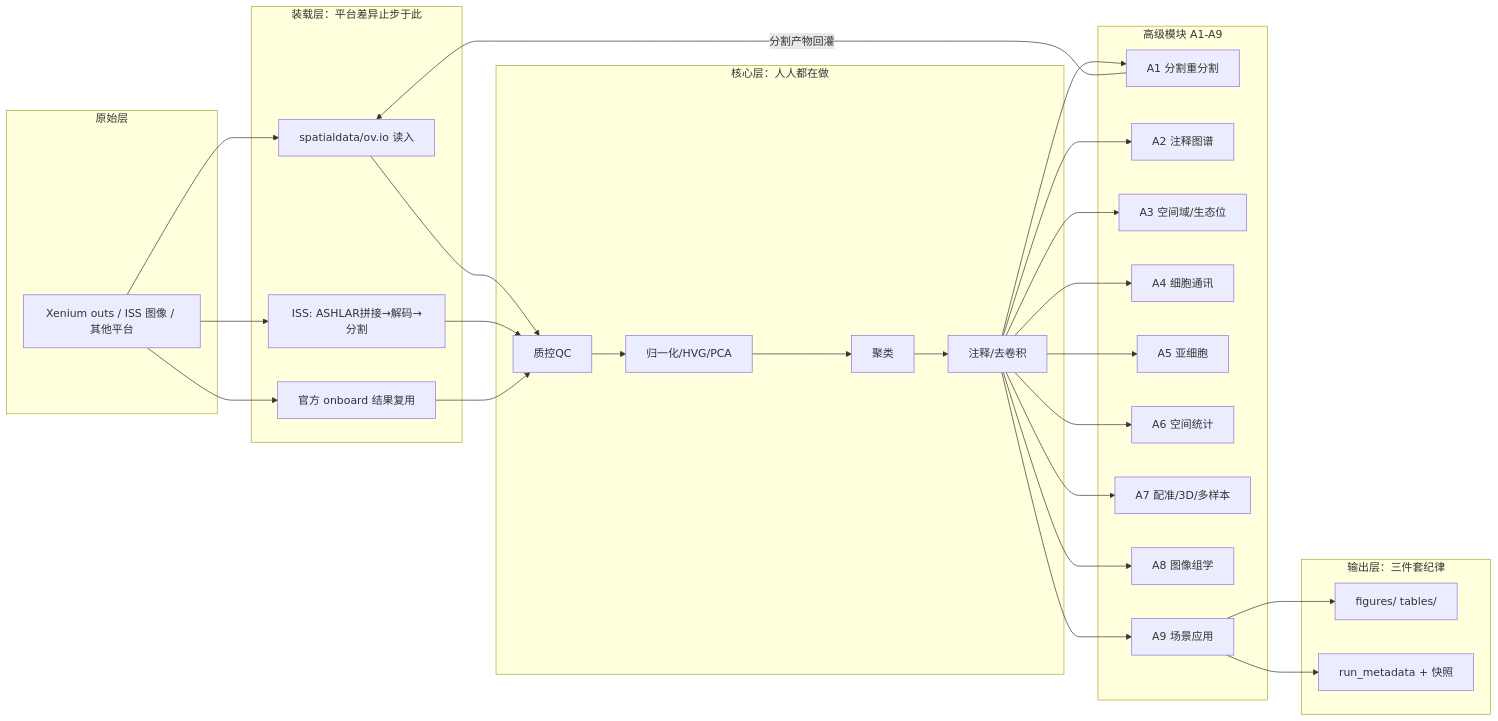
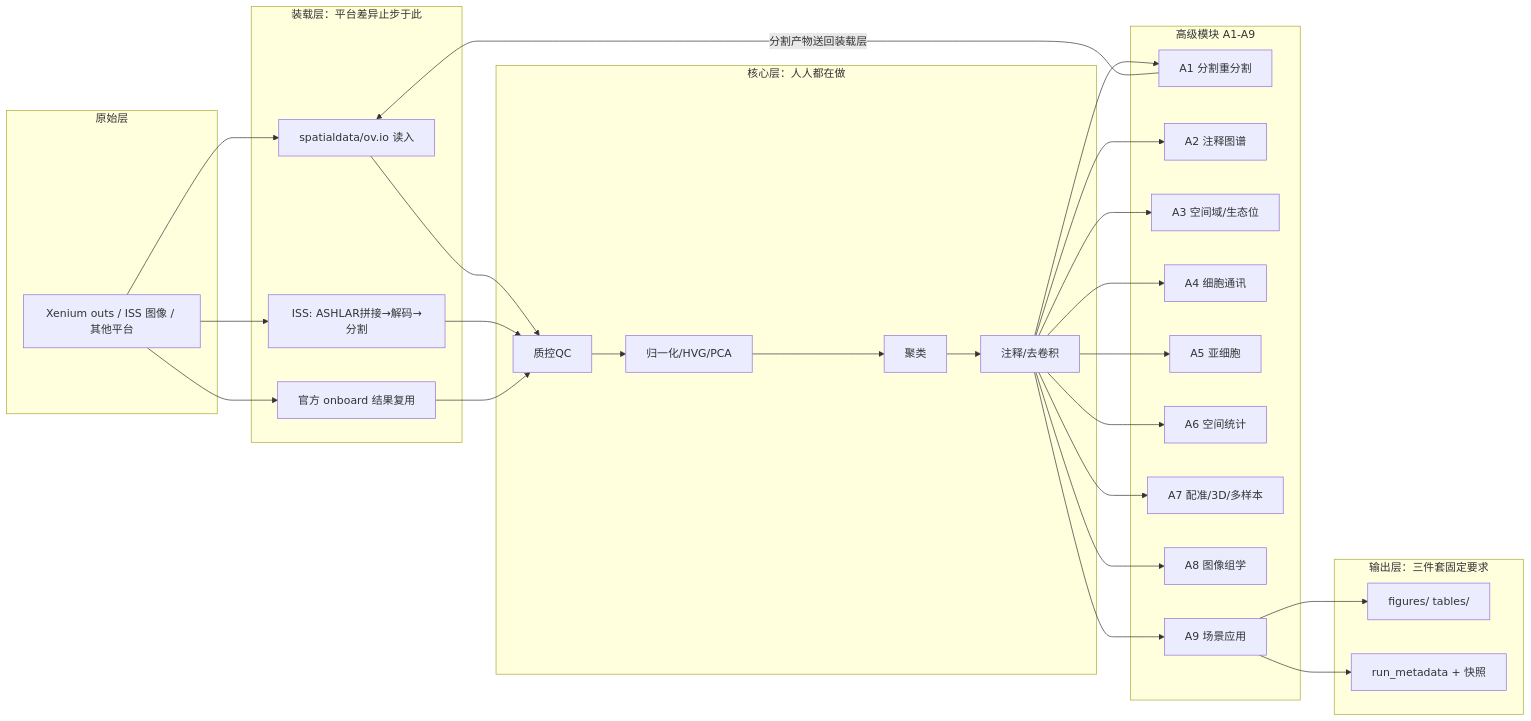
Before and after one commit to zerogue11/xenium-code-atlas: the diagram in 01_资料库/分类分析报告_一期.md, drawn with Mermaid. The commit also changed other lines of this file and 162 other files, not shown here.

````diff
--- a/01_资料库/分类分析报告_一期.md
+++ b/01_资料库/分类分析报告_一期.md
@@ -28,33 +28,33 @@
 ```mermaid
 flowchart LR
     subgraph 原始层
         A[Xenium outs / ISS 图像 / 其他平台]
     end
     subgraph 装载层[装载层：平台差异止步于此]
         B1[spatialdata/ov.io 读入]
         B2[ISS: ASHLAR拼接→解码→分割]
         B3[官方 onboard 结果复用]
     end
     subgraph 核心层[核心层：人人都在做]
         C1[质控QC] --> C2[归一化/HVG/PCA] --> C3[聚类] --> C4[注释/去卷积]
     end
     subgraph 模块层[高级模块 A1-A9]
         D1[A1 分割重分割]
         D2[A2 注释图谱]
         D3[A3 空间域/生态位]
         D4[A4 细胞通讯]
         D5[A5 亚细胞]
         D6[A6 空间统计]
         D7[A7 配准/3D/多样本]
         D8[A8 图像组学]
         D9[A9 场景应用]
     end
-    subgraph 输出层[输出层：三件套纪律]
+    subgraph 输出层[输出层：三件套固定要求]
         E1[figures/ tables/]
         E2[run_metadata + 快照]
     end
     A --> B1 & B2 & B3 --> C1
     C4 --> D1 & D2 & D3 & D4 & D5 & D6 & D7 & D8 & D9
-    D1--分割产物回灌-->B1
+    D1--分割产物送回装载层-->B1
     D9 --> E1 & E2
 ```
````
